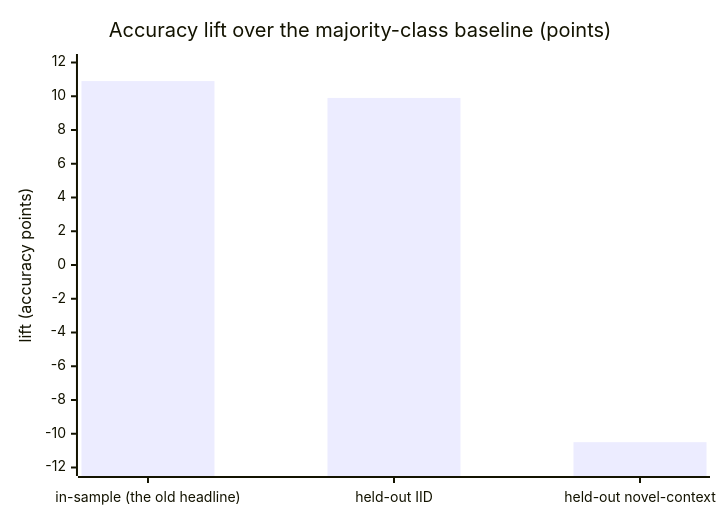
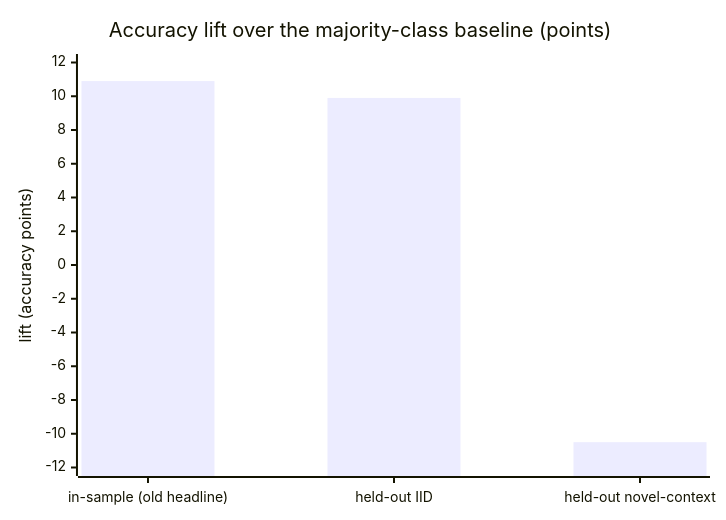
Before and after one commit to IgorGanapolsky/ThumbGate: the second of 3 diagrams in docs/ML-EVALUATION.md, drawn with Mermaid. The commit also changed other lines of this file, not shown here.

First line of the commit message:
fix(docs): mermaid labels must not contain raw newlines

````diff
--- a/docs/ML-EVALUATION.md
+++ b/docs/ML-EVALUATION.md
@@ -102,7 +90,7 @@
 ```mermaid
 xychart-beta
     title "Accuracy lift over the majority-class baseline (points)"
-    x-axis ["in-sample (the old headline)", "held-out IID", "held-out novel-context"]
+    x-axis ["in-sample (old headline)", "held-out IID", "held-out novel-context"]
     y-axis "lift (accuracy points)" -12 --> 12
     bar [10.9, 9.9, -10.5]
 ```
````
